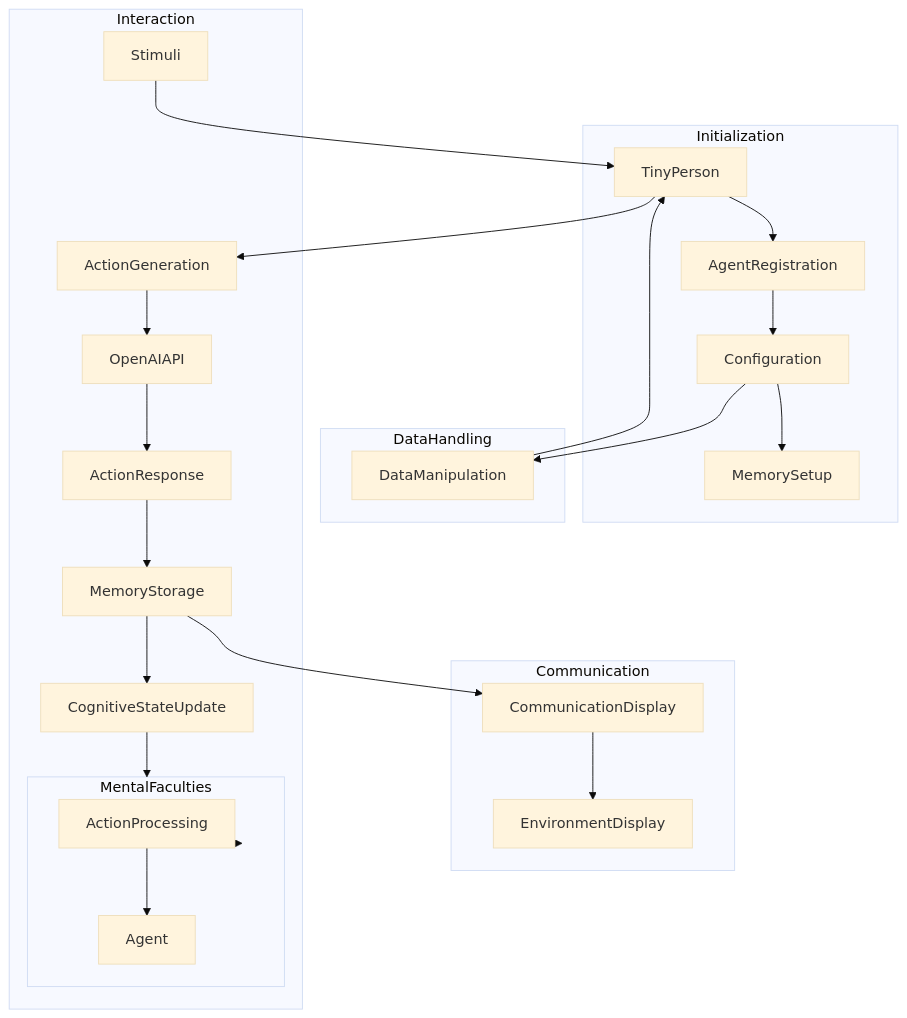
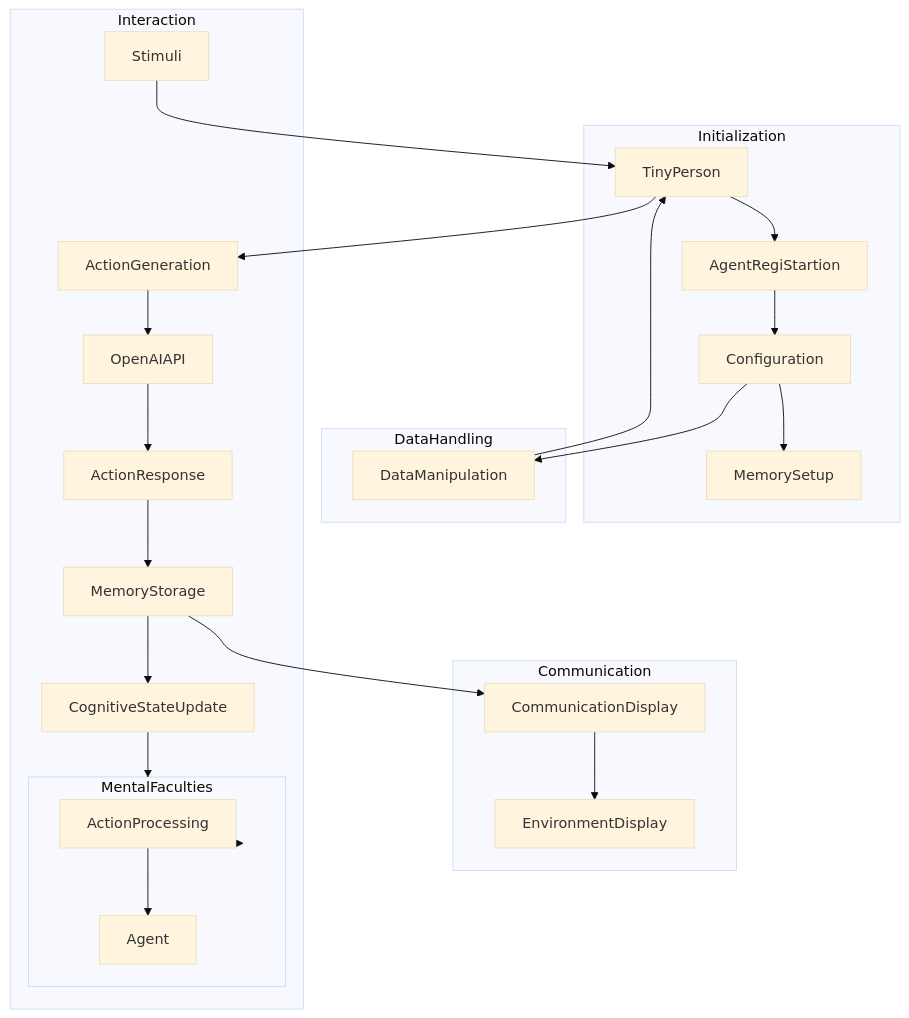
Before and after one commit to hypo69/hypo: the diagram in docs/gemini/out/en/explainer/src/ai/tiny_troupe/TinyTroupe/tinytroupe/agent.md, drawn with Mermaid (base theme). The commit also changed 2252 other files, not shown here.

````diff
--- a/docs/gemini/out/en/explainer/src/ai/tiny_troupe/TinyTroupe/tinytroupe/agent.md
+++ b/docs/gemini/out/en/explainer/src/ai/tiny_troupe/TinyTroupe/tinytroupe/agent.md
@@ -85,30 +85,30 @@
 ```mermaid
 graph TD
     subgraph Initialization
-        TinyPerson --> AgentRegistration
-        AgentRegistration --> Configuration
+        TinyPerson --> AgentRegiStartion
+        AgentRegiStartion --> Configuration
         Configuration --> MemorySetup
     end
     subgraph Interaction
         Stimuli --> TinyPerson
         TinyPerson --> ActionGeneration
         ActionGeneration --> OpenAIAPI
         OpenAIAPI --> ActionResponse
         ActionResponse --> MemoryStorage
         MemoryStorage --> CognitiveStateUpdate
         CognitiveStateUpdate --> MentalFaculties
     end
     subgraph Communication
         MemoryStorage --> CommunicationDisplay
         CommunicationDisplay --> EnvironmentDisplay
     end
     subgraph DataHandling
         Configuration --> DataManipulation
         DataManipulation --> TinyPerson
     end
 
     subgraph MentalFaculties
         MentalFaculties --> ActionProcessing
         ActionProcessing --> Agent
     end
 ```
````
